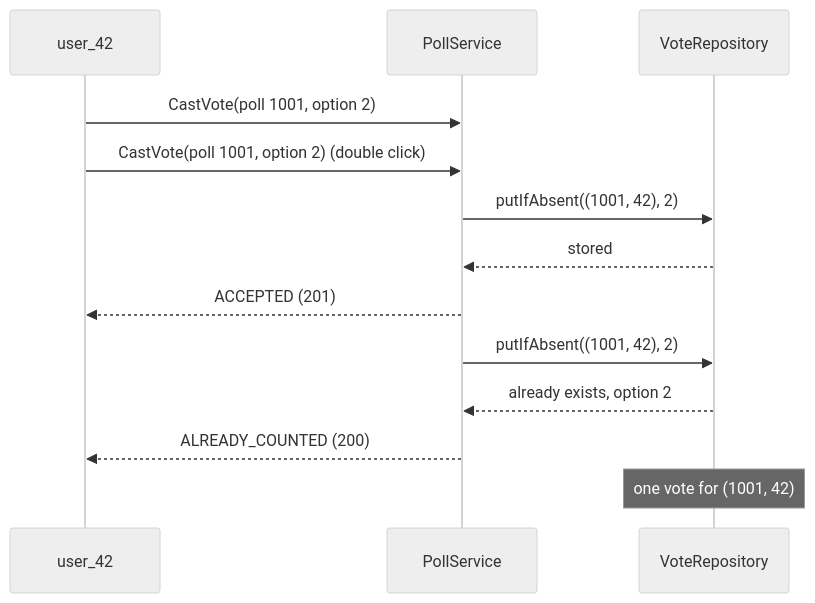
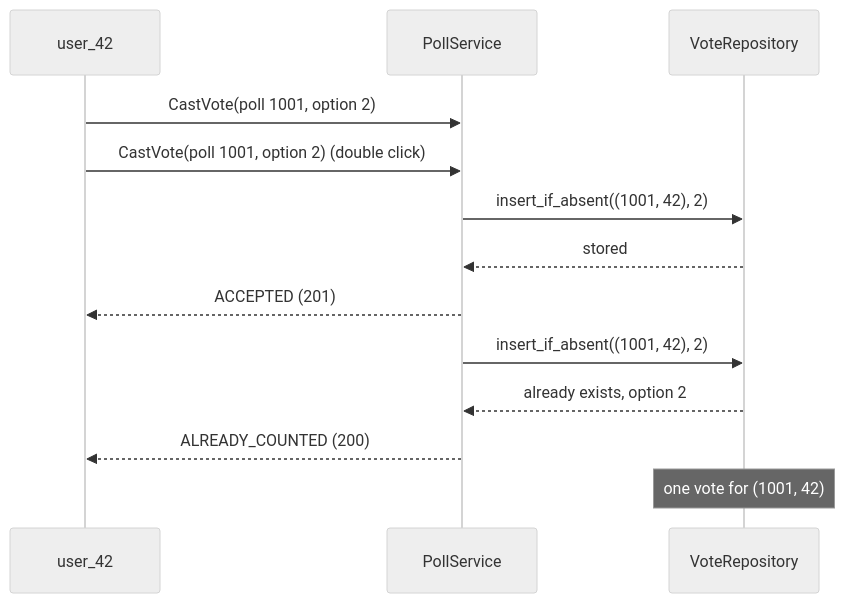
One commit to trnvmslm/highload changed the second of 3 diagrams in polls-project/README.md. Above: the diagram before and after it, drawn with Mermaid (neutral theme). The commit also changed other lines of this file and 83 other files, not shown here.

````diff
--- a/polls-project/README.md
+++ b/polls-project/README.md
@@ -77,15 +83,15 @@
 ```mermaid
 sequenceDiagram
     participant U as user_42
     participant S as PollService
     participant V as VoteRepository
     U->>S: CastVote(poll 1001, option 2)
     U->>S: CastVote(poll 1001, option 2) (double click)
-    S->>V: putIfAbsent((1001, 42), 2)
+    S->>V: insert_if_absent((1001, 42), 2)
     V-->>S: stored
     S-->>U: ACCEPTED (201)
-    S->>V: putIfAbsent((1001, 42), 2)
+    S->>V: insert_if_absent((1001, 42), 2)
     V-->>S: already exists, option 2
     S-->>U: ALREADY_COUNTED (200)
     Note over V: one vote for (1001, 42)
 ```
````
